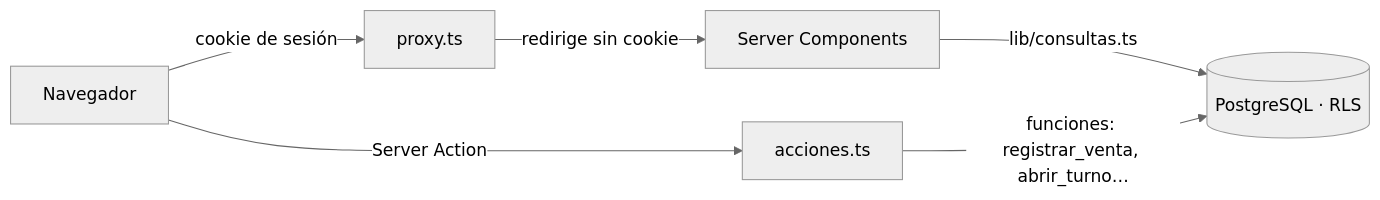
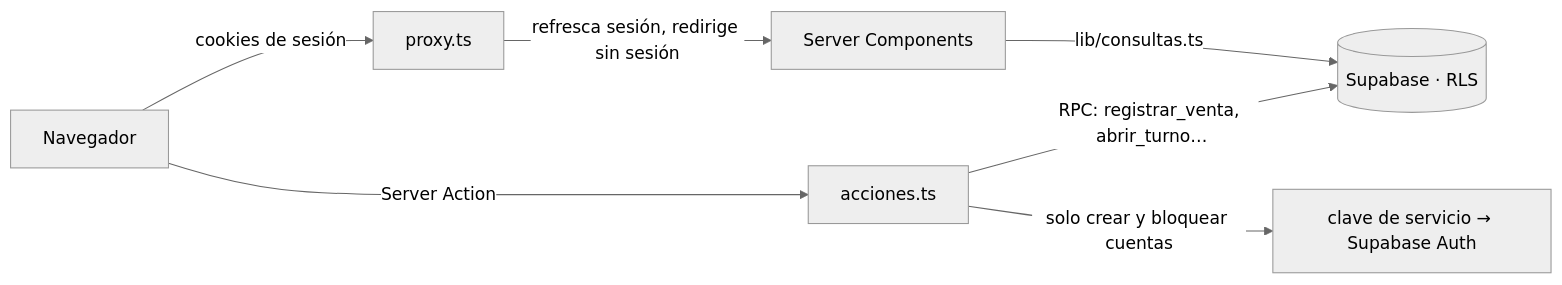
The diagram in docs/arquitectura.md (brian9work/pharmacy), drawn with Mermaid (neutral theme) before and after one commit. The commit also changed other lines of this file and 43 other files, not shown here.

````diff
--- a/docs/arquitectura.md
+++ b/docs/arquitectura.md
@@ -16,8 +16,9 @@
 ```mermaid
 flowchart LR
-  N[Navegador] -->|cookie de sesión| P[proxy.ts]
-  P -->|redirige sin cookie| S[Server Components]
-  S -->|lib/consultas.ts| DB[(PostgreSQL · RLS)]
+  N[Navegador] -->|cookies de sesión| P[proxy.ts]
+  P -->|refresca sesión, redirige sin sesión| S[Server Components]
+  S -->|lib/consultas.ts| DB[(Supabase · RLS)]
   N -->|Server Action| A[acciones.ts]
-  A -->|funciones: registrar_venta, abrir_turno…| DB
+  A -->|RPC: registrar_venta, abrir_turno…| DB
+  A -->|solo crear y bloquear cuentas| AD[clave de servicio → Supabase Auth]
 ```
````
